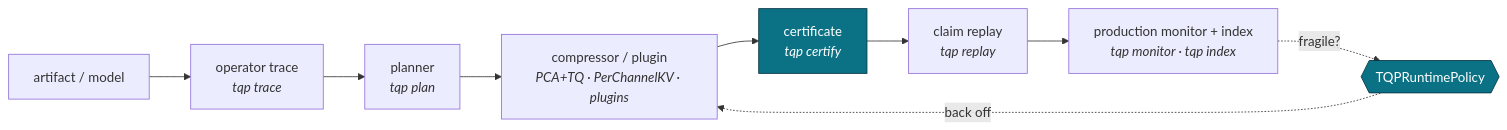
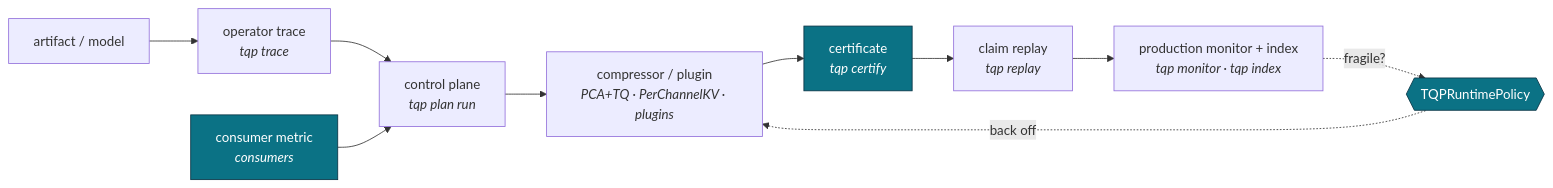
One commit to ahb-sjsu/turboquant-pro changed the diagram in docs/README.md. Above: the diagram before and after it, drawn with Mermaid. The commit also changed other lines of this file and 11 other files, not shown here.

````diff
--- a/docs/README.md
+++ b/docs/README.md
@@ -33,13 +33,14 @@
 ```mermaid
 flowchart LR
     A[artifact / model] --> T[operator trace<br/><i>tqp trace</i>]
-    T --> P[planner<br/><i>tqp plan</i>]
+    T --> P[control plane<br/><i>tqp plan run</i>]
+    CM[consumer metric<br/><i>consumers</i>] --> P
     P --> C[compressor / plugin<br/><i>PCA+TQ · PerChannelKV · plugins</i>]
     C --> Z[certificate<br/><i>tqp certify</i>]
     Z --> R[claim replay<br/><i>tqp replay</i>]
     R --> M[production monitor + index<br/><i>tqp monitor · tqp index</i>]
     M -. fragile? .-> POL{{TQPRuntimePolicy}}
     POL -. back off .-> C
     classDef accept fill:#0b7285,stroke:#083344,color:#fff;
-    class Z,POL accept;
+    class Z,POL,CM accept;
 ```
````
